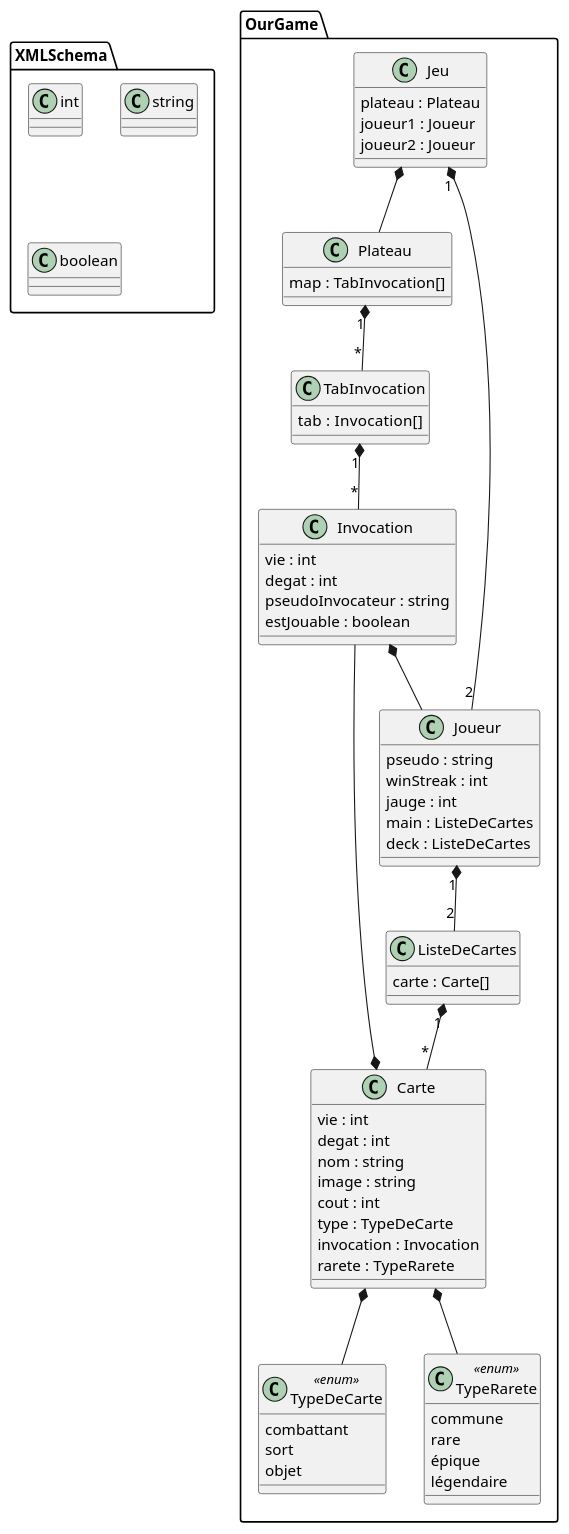
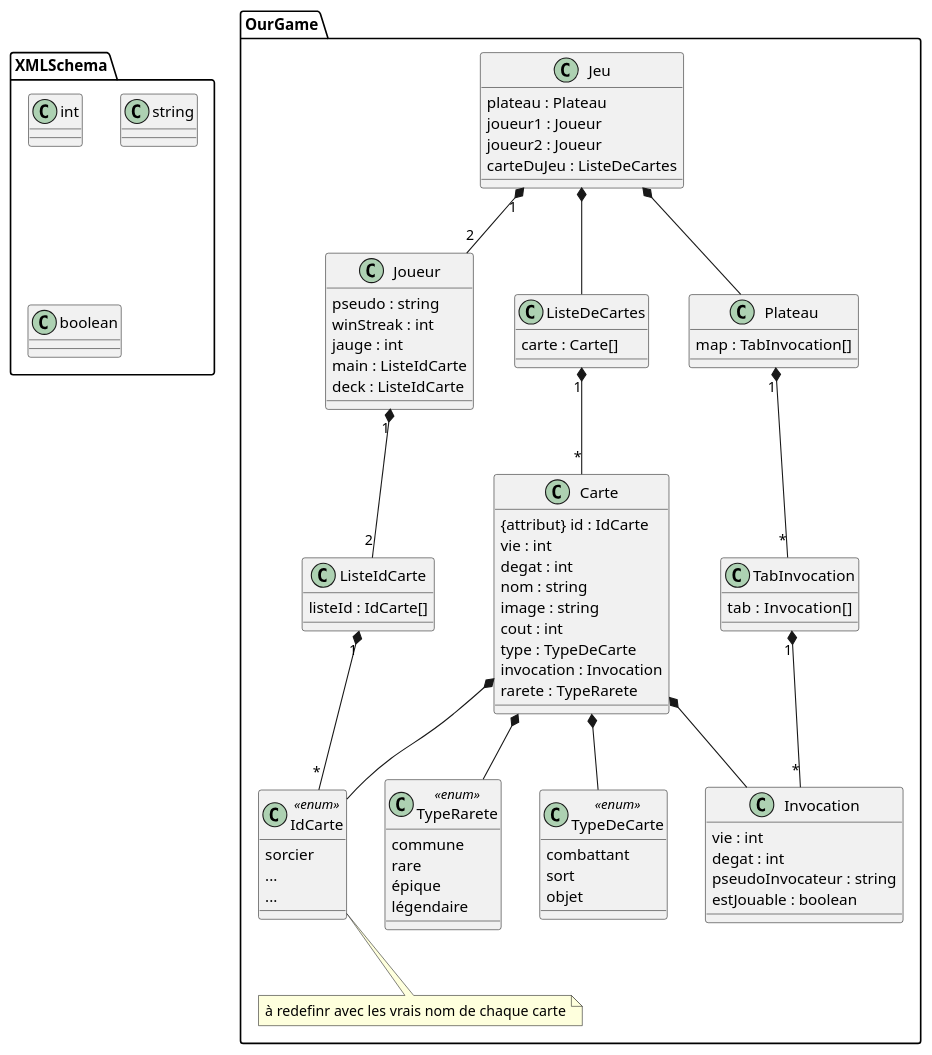
Before and after one commit to TennesseeAlves/CatRoyale: the diagram in UML/DiagrammeXML.puml, drawn with PlantUML. The commit also changed 4 other files, not shown here.

Commit message:
Nouvelle version XSD + UML

```diff
--- a/UML/DiagrammeXML.puml
+++ b/UML/DiagrammeXML.puml
@@ -2,83 +2,101 @@
 @startuml
 'https://plantuml.com/class-diagram
 
 package XMLSchema {
     class int{}
     class string{}
     class boolean{}
 }
 
 package OurGame{
     
     class Jeu{
         plateau : Plateau
         joueur1 : Joueur
         joueur2 : Joueur
+        carteDuJeu : ListeDeCartes
     }
     
     class Plateau { 
         map : TabInvocation[]
     }
     
     class TabInvocation {
         tab :  Invocation[]
     }
     
     
     class Joueur {
         pseudo : string
         winStreak : int
         jauge : int
-        main : ListeDeCartes
-        deck : ListeDeCartes
+        main : ListeIdCarte
+        deck : ListeIdCarte
     }
     
     class ListeDeCartes {
         carte : Carte[]
     }
     
     class Carte {
+        {attribut} id : IdCarte
         vie : int
         degat : int
         nom : string
         image : string 
         cout : int
         type : TypeDeCarte
         invocation : Invocation
         rarete : TypeRarete
         
     }
+    
+    class IdCarte <<enum>> {
+        sorcier 
+        ...
+        ...
+    }
+    
+    class ListeIdCarte  {
+        listeId : IdCarte[] 
+    }
+    
     
     class TypeDeCarte <<enum>> {
         combattant
         sort
         objet
     }
     
     class TypeRarete <<enum>> {
         commune
         rare
         épique
         légendaire
     }
     
     class Invocation {
         vie : int
         degat : int
         pseudoInvocateur : string
         estJouable : boolean
     }
     
     
     Jeu *-- Plateau
     Jeu "1"*--"2" Joueur
+    Jeu *-- ListeDeCartes
     TabInvocation "1"*--"*" Invocation
-    Joueur "1"*--"2" ListeDeCartes
+    Joueur "1"*--"2" ListeIdCarte
     ListeDeCartes "1"*--"*" Carte
     Carte *-- TypeDeCarte
     Carte *-- Invocation
     Carte *-- TypeRarete
-    Invocation *-- Joueur
+    Carte *-- IdCarte
+    ListeIdCarte "1" *-- "*" IdCarte
     Plateau "1"*--"*" TabInvocation 
+    
+    
+    note bottom of IdCarte : à redefinr avec les vrais nom de chaque carte
 }
 @enduml
```
